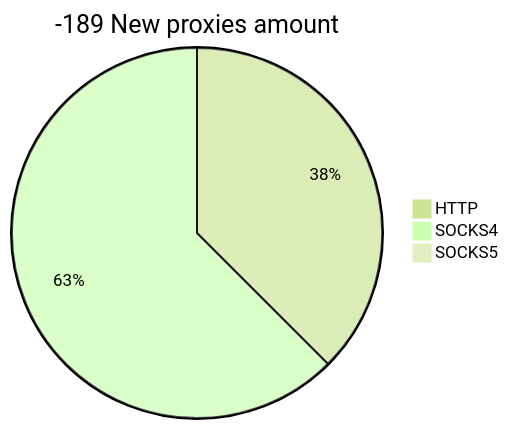
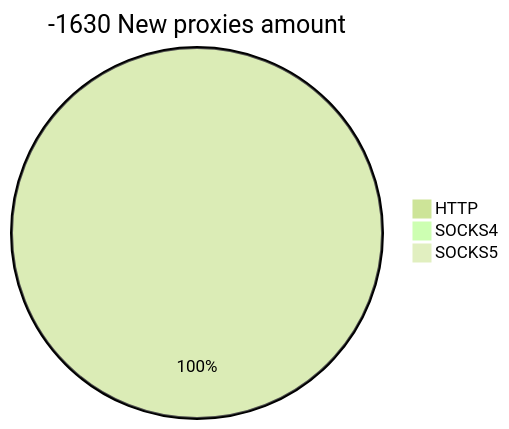
The second of 2 diagrams in README.md (cutipu/proxylist), drawn with Mermaid (forest theme) before and after one commit. The commit also changed other lines of this file, not shown here.

````diff
--- a/README.md
+++ b/README.md
@@ -10,6 +10,6 @@
 ```mermaid
-pie title -189 New proxies amount
-    "HTTP" : 66
-    "SOCKS4" : 110
+pie title -1630 New proxies amount
+    "HTTP" : 82
+    "SOCKS4" : 0
     "SOCKS5" : 0
 ```
````
